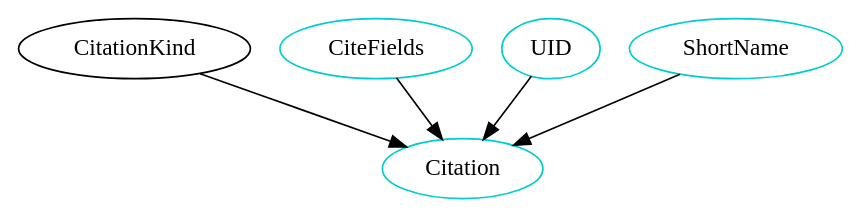
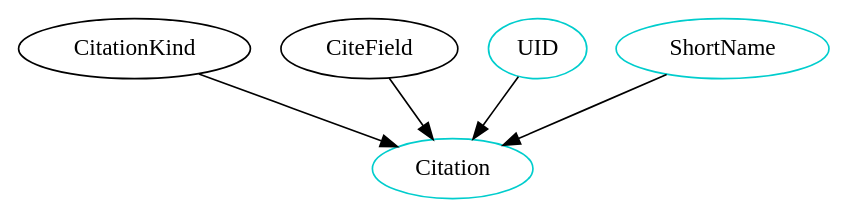
Before and after one commit to JacquesCarette/Drasil: the diagram in People/Anthony/Type_Dependency_Graphs/Citation.dot, drawn with Graphviz. The commit also changed 3 other files, not shown here.

```diff
--- a/People/Anthony/Type_Dependency_Graphs/Citation.dot
+++ b/People/Anthony/Type_Dependency_Graphs/Citation.dot
@@ -1,16 +1,16 @@
 digraph citation {
 	/* relationships between independent and dependent components */
 	CitationKind -> Citation;
-    CiteFields -> Citation;
+    CiteField -> Citation;
     CitationUID -> Citation;
     CitationShortName -> Citation;
     
 	/* definitions for each type component */
 	Citation 	    [shape=oval, color=cyan3, label="Citation"];
-    CiteFields    [shape=oval, color=cyan3, label="CiteFields"];
+    //CiteFields    [shape=oval, color=cyan3, label="CiteFields"];
     CitationUID  [shape=oval, color=cyan3, label="UID"];
     CitationShortName  [shape=oval, color=cyan3, label="ShortName"];
 
 }
 
 /* dot -Tpng sample.dot -o sample.png */
```
